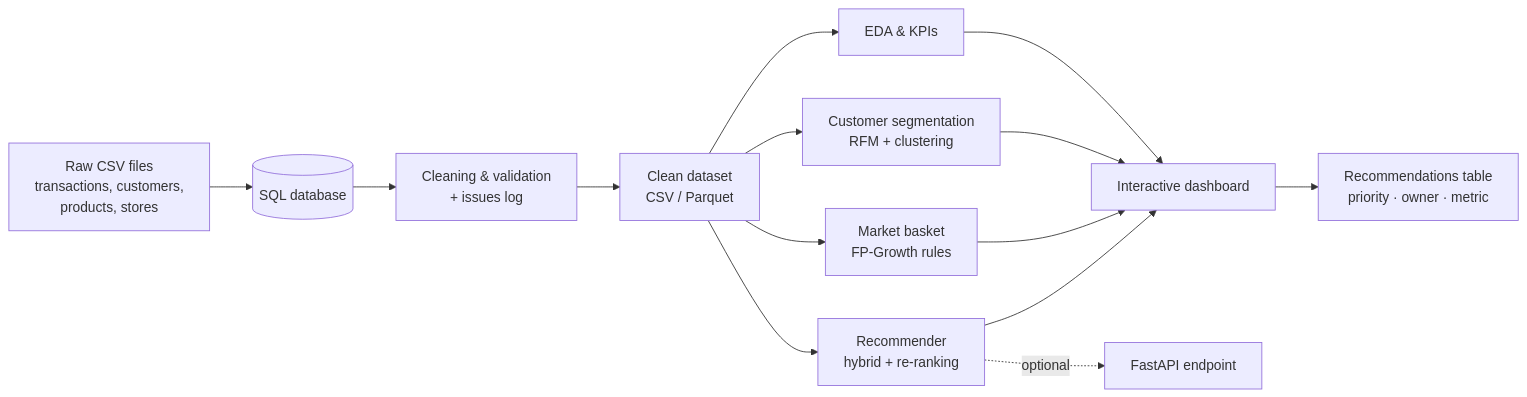
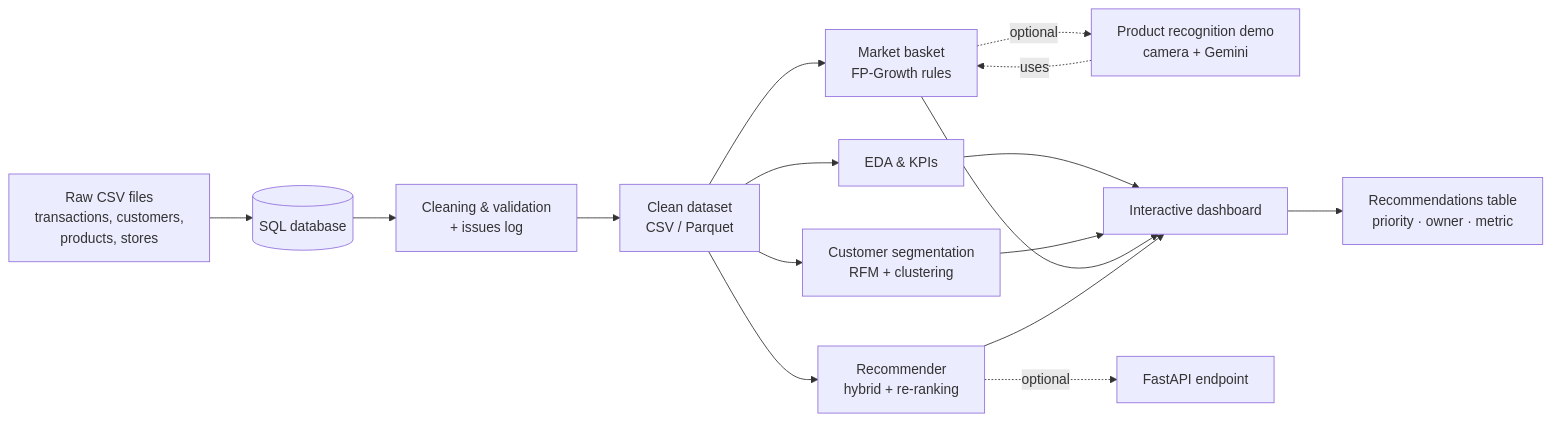
One commit to SherifAzb/End-to-End-Business-Analytics-Decision-Platform changed the diagram in README.md. Above: the diagram before and after it, drawn with Mermaid. The commit also changed other lines of this file, not shown here.

````diff
--- a/README.md
+++ b/README.md
@@ -77,16 +97,18 @@
 ```mermaid
 flowchart LR
     A[Raw CSV files<br/>transactions, customers,<br/>products, stores] --> B[(SQL database)]
     B --> C[Cleaning & validation<br/>+ issues log]
     C --> D[Clean dataset<br/>CSV / Parquet]
     D --> E[EDA & KPIs]
     D --> F[Customer segmentation<br/>RFM + clustering]
     D --> G[Market basket<br/>FP-Growth rules]
     D --> H[Recommender<br/>hybrid + re-ranking]
+    G -.optional.-> L[Product recognition demo<br/>camera + Gemini]
     E --> I[Interactive dashboard]
     F --> I
     G --> I
     H --> I
     I --> J[Recommendations table<br/>priority · owner · metric]
+    L -.uses.-> G
     H -.optional.-> K[FastAPI endpoint]
 ```
````
